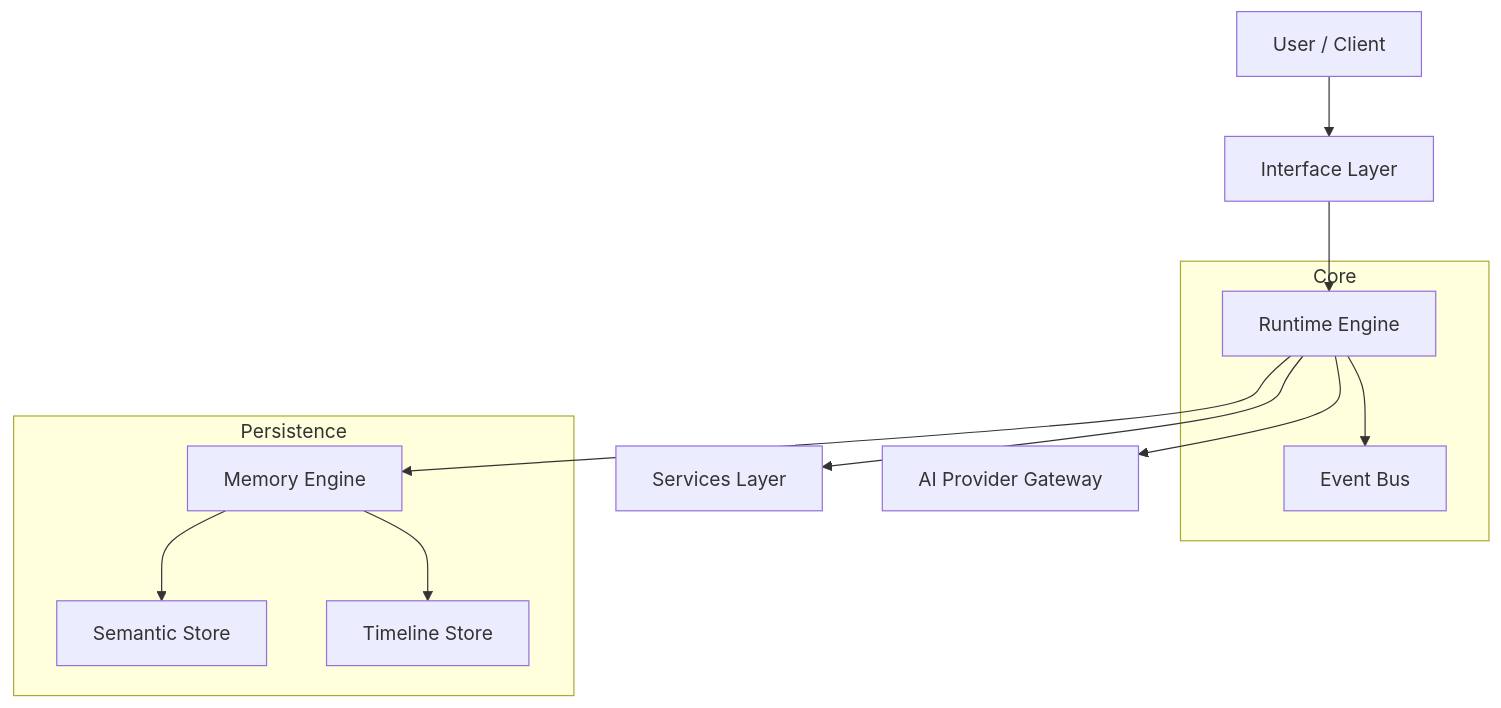
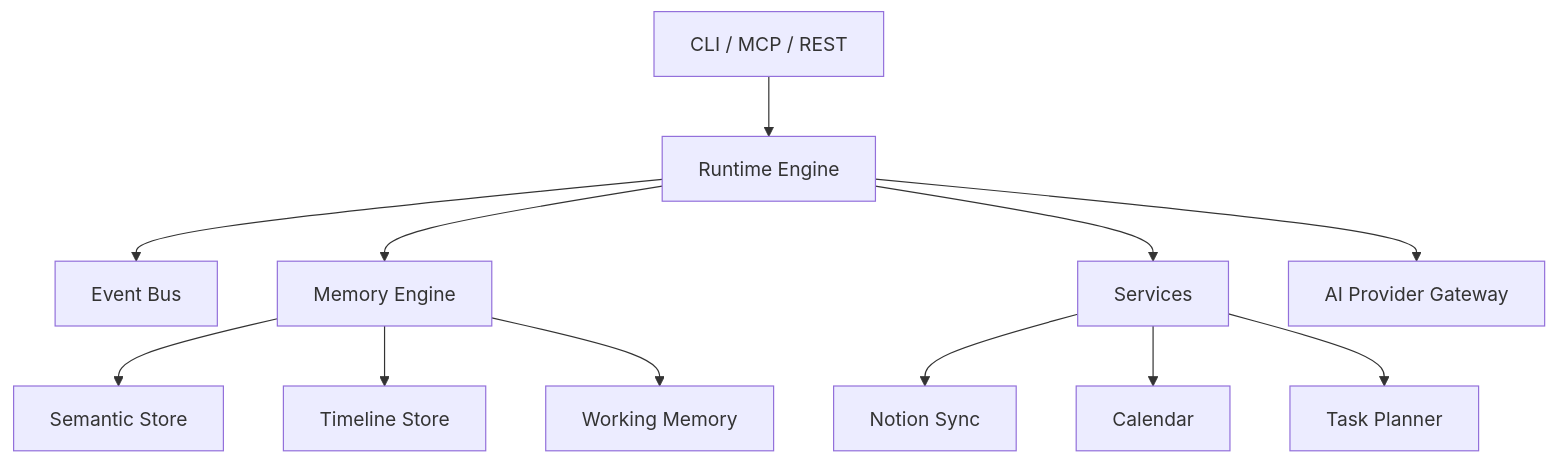
Before and after one commit to saaedimam/jervis: the diagram in README.md, drawn with Mermaid. The commit also changed other lines of this file, not shown here.

````diff
--- a/README.md
+++ b/README.md
@@ -34,19 +81,16 @@
 ```mermaid
 graph TD
-    User[User / Client] --> Interface[Interface Layer]
-    Interface --> Runtime[Runtime Engine]
+    Client[CLI / MCP / REST] --> Runtime[Runtime Engine]
     Runtime --> EventBus[Event Bus]
     Runtime --> Memory[Memory Engine]
-    Runtime --> Services[Services Layer]
-    Runtime --> AI[AI Provider Gateway]
+    Runtime --> Services[Services]
+    Runtime --> AIPortal[AI Provider Gateway]
     
-    subgraph Core
-        Runtime
-        EventBus
-    end
+    Memory --> Semantic[Semantic Store]
+    Memory --> Timeline[Timeline Store]
+    Memory --> Working[Working Memory]
     
-    subgraph Persistence
-        Memory --> Semantic[Semantic Store]
-        Memory --> Timeline[Timeline Store]
-    end
+    Services --> Notion[Notion Sync]
+    Services --> Calendar[Calendar]
+    Services --> Planner[Task Planner]
 ```
````
